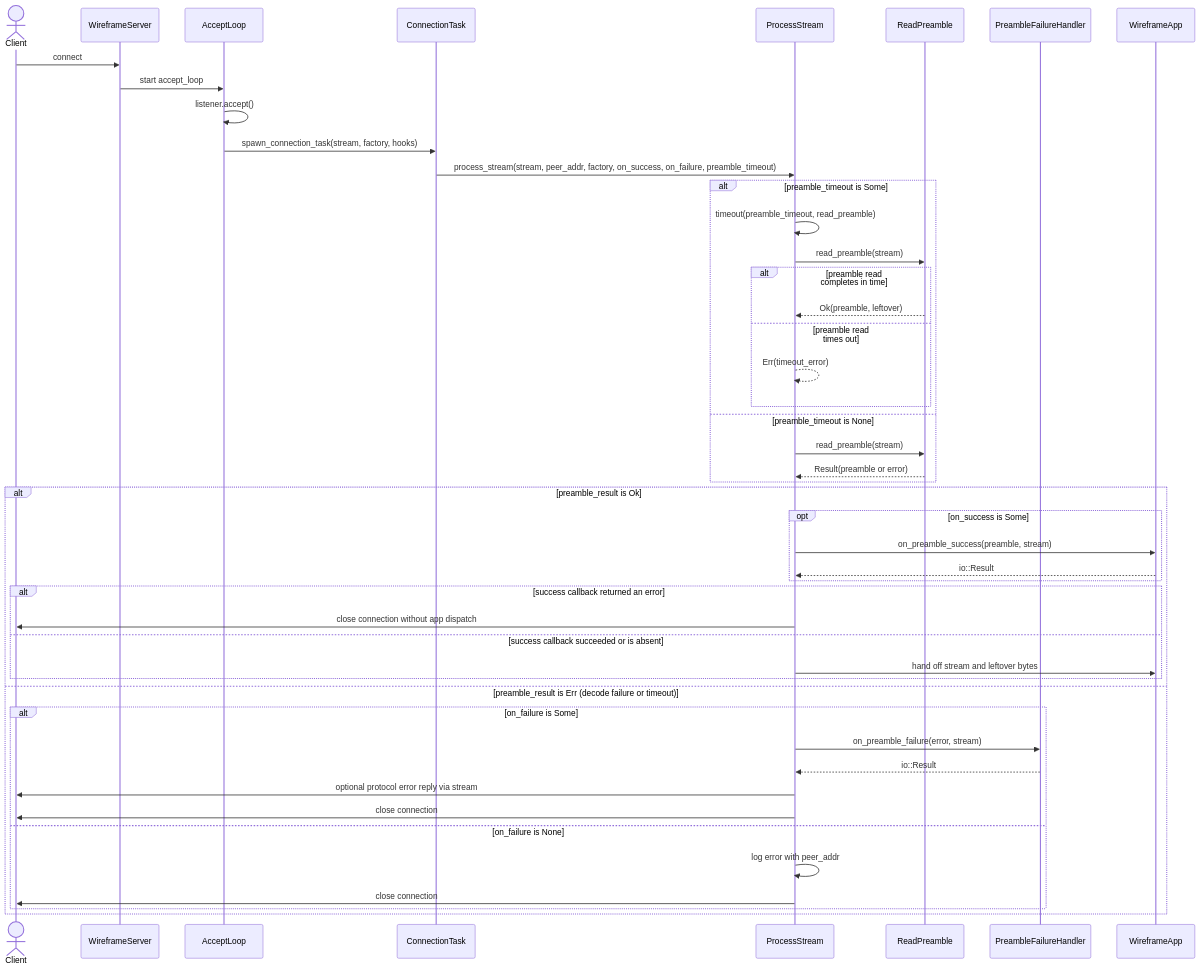
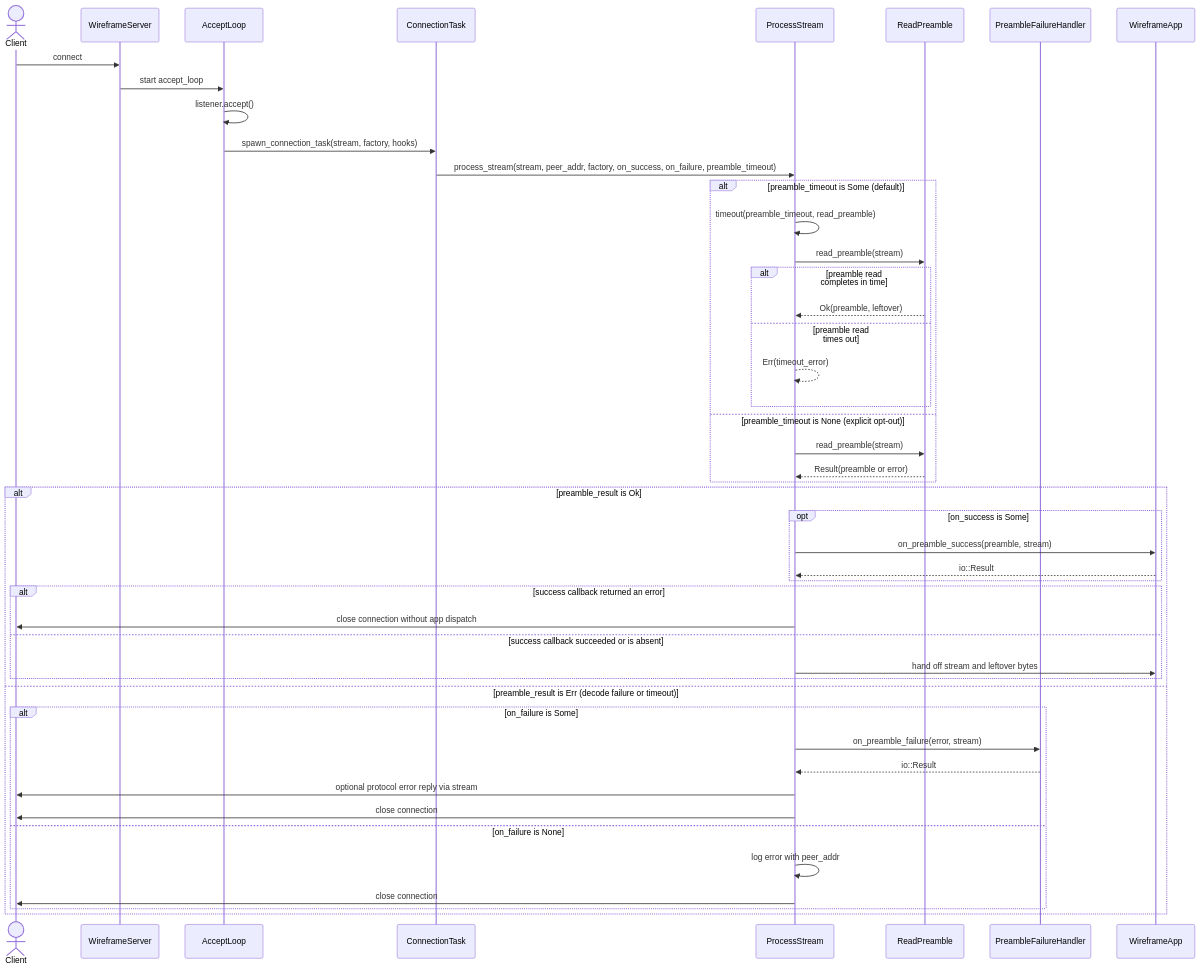
One commit to leynos/wireframe changed the third of 3 diagrams in docs/preamble-validator.md. Above: the diagram before and after it, drawn with Mermaid. The commit also changed other lines of this file and 11 other files, not shown here.

First line of the commit message:
Default the preamble read to a 10-second deadline (#546) (#840)

````diff
--- a/docs/preamble-validator.md
+++ b/docs/preamble-validator.md
@@ -104,53 +106,53 @@
 ```mermaid
 sequenceDiagram
     actor Client
     participant WireframeServer
     participant AcceptLoop
     participant ConnectionTask
     participant ProcessStream
     participant ReadPreamble
     participant PreambleFailureHandler
     participant WireframeApp
 
     Client->>WireframeServer: connect
     WireframeServer->>AcceptLoop: start accept_loop
     AcceptLoop->>AcceptLoop: listener.accept()
     AcceptLoop->>ConnectionTask: spawn_connection_task(stream, factory, hooks)
 
     ConnectionTask->>ProcessStream: process_stream(stream, peer_addr, factory, on_success, on_failure, preamble_timeout)
 
-    alt preamble_timeout is Some
+    alt preamble_timeout is Some (default)
         ProcessStream->>ProcessStream: timeout(preamble_timeout, read_preamble)
         ProcessStream->>ReadPreamble: read_preamble(stream)
         alt preamble read completes in time
             ReadPreamble-->>ProcessStream: Ok(preamble, leftover)
         else preamble read times out
             ProcessStream-->>ProcessStream: Err(timeout_error)
         end
-    else preamble_timeout is None
+    else preamble_timeout is None (explicit opt-out)
         ProcessStream->>ReadPreamble: read_preamble(stream)
         ReadPreamble-->>ProcessStream: Result(preamble or error)
     end
 
     alt preamble_result is Ok
         opt on_success is Some
             ProcessStream->>WireframeApp: on_preamble_success(preamble, stream)
             WireframeApp-->>ProcessStream: io::Result
         end
         alt success callback returned an error
             ProcessStream->>Client: close connection without app dispatch
         else success callback succeeded or is absent
             ProcessStream->>WireframeApp: hand off stream and leftover bytes
         end
     else preamble_result is Err (decode failure or timeout)
         alt on_failure is Some
             ProcessStream->>PreambleFailureHandler: on_preamble_failure(error, stream)
             PreambleFailureHandler-->>ProcessStream: io::Result
             ProcessStream->>Client: optional protocol error reply via stream
             ProcessStream->>Client: close connection
         else on_failure is None
             ProcessStream->>ProcessStream: log error with peer_addr
             ProcessStream->>Client: close connection
         end
     end
 ```
````
